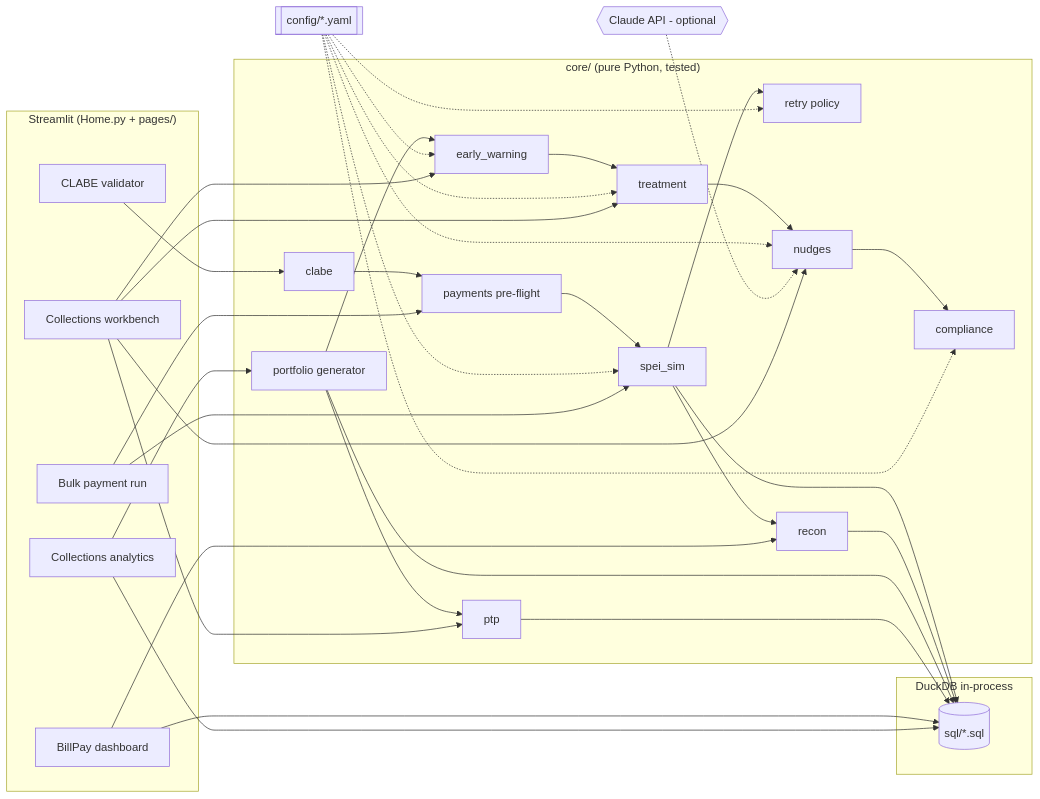
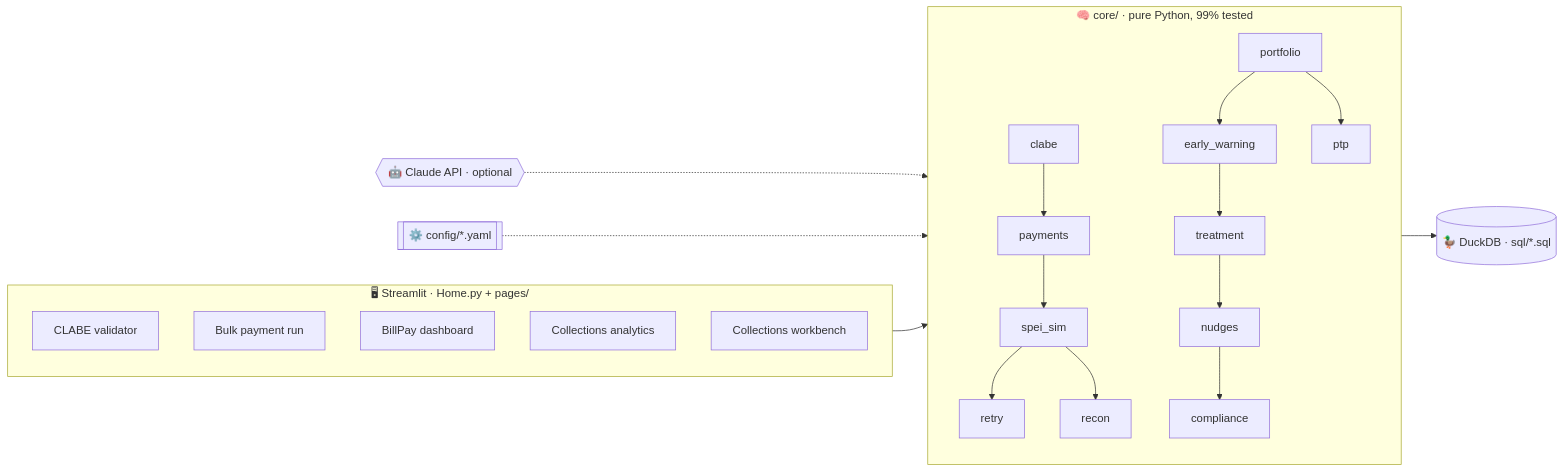
One commit to manuel-lomelin/mx-payments-ops-lab changed the third of 3 diagrams in README.md. Above: the diagram before and after it, drawn with Mermaid. The commit also changed other lines of this file, not shown here.

````diff
--- a/README.md
+++ b/README.md
@@ -42,33 +190,26 @@
 ```mermaid
 flowchart LR
-    subgraph UI["Streamlit (Home.py + pages/)"]
+    subgraph UI["🖥 Streamlit · Home.py + pages/"]
+        direction TB
         P1[CLABE validator]
         P2[Bulk payment run]
         P3[BillPay dashboard]
         P4[Collections analytics]
         P5[Collections workbench]
     end
 
-    subgraph Core["core/ (pure Python, tested)"]
-        CL[clabe] --> PF[payments pre-flight]
-        PF --> SIM[spei_sim] --> RT[retry policy]
+    subgraph Core["🧠 core/ · pure Python, 99% tested"]
+        direction TB
+        CL[clabe] --> PF[payments] --> SIM[spei_sim] --> RT[retry]
         SIM --> RC[recon]
-        PG[portfolio generator] --> EW[early_warning] --> TR[treatment]
-        TR --> NU[nudges] --> CP[compliance]
+        PG[portfolio] --> EW[early_warning] --> TR[treatment] --> NU[nudges] --> CP[compliance]
         PG --> PTP[ptp]
     end
 
-    subgraph Data["DuckDB in-process"]
-        SQL[(sql/*.sql)]
-    end
+    CFG[[⚙️ config/*.yaml]] -.-> Core
+    SQL[(🦆 DuckDB · sql/*.sql)]
+    LLM{{🤖 Claude API · optional}} -.-> NU
 
-    CFG[[config/*.yaml]] -.-> SIM & RT & EW & TR & CP & NU
-    LLM{{Claude API - optional}} -.-> NU
-
-    P1 --> CL
-    P2 --> PF & SIM
-    P3 --> RC & SQL
-    P4 --> PG & SQL
-    P5 --> EW & TR & NU & PTP
-    SIM & RC & PG & PTP --> SQL
+    UI --> Core
+    Core --> SQL
 ```
````
